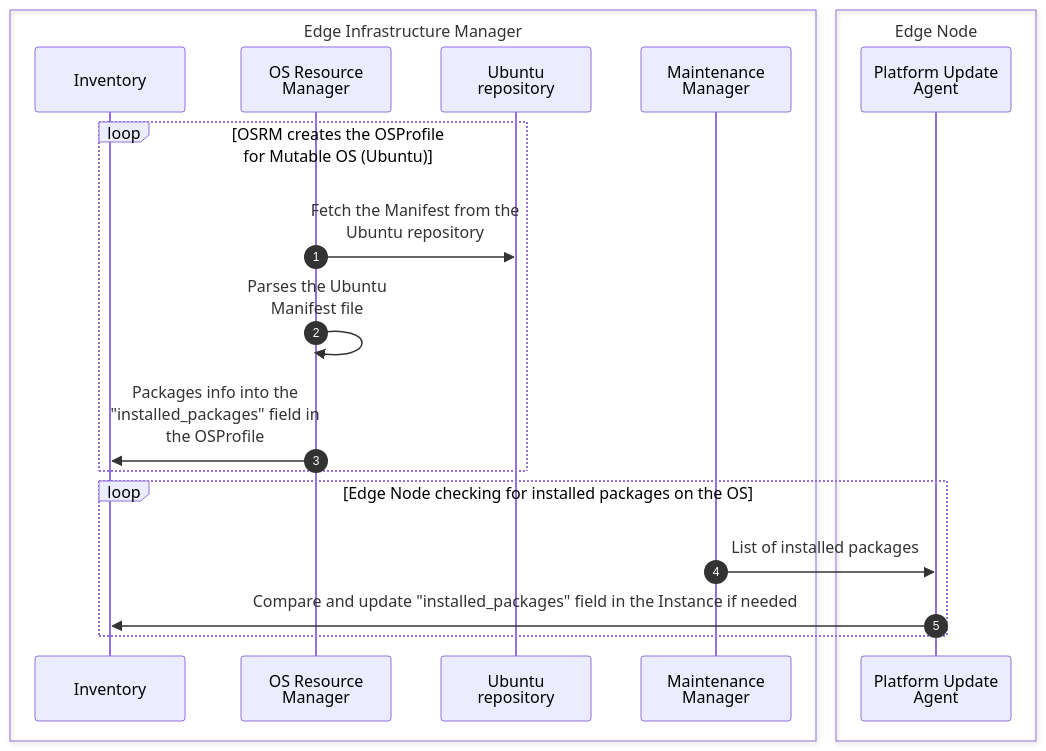
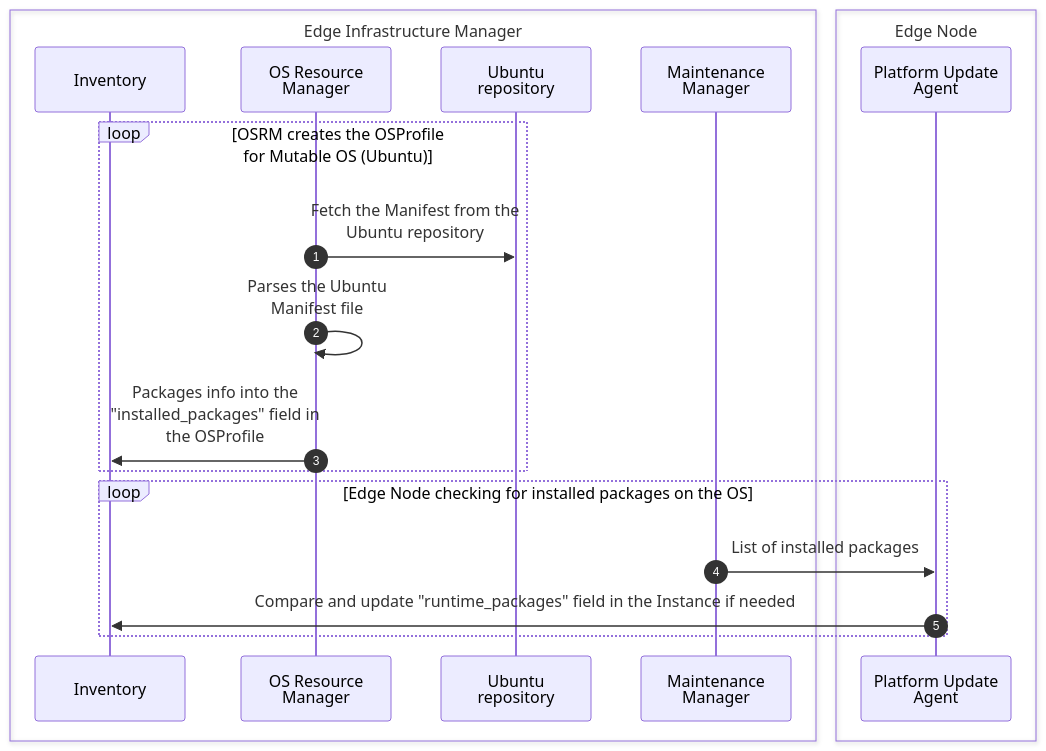
Before and after one commit to open-edge-platform/edge-manageability-framework: the third of 3 diagrams in design-proposals/edge-infra-day2-improvements.md, drawn with Mermaid. The commit also changed other lines of this file and 1 other file, not shown here.

````diff
--- a/design-proposals/edge-infra-day2-improvements.md
+++ b/design-proposals/edge-infra-day2-improvements.md
@@ -263,26 +273,26 @@
 ```mermaid
 sequenceDiagram
 %%{wrap}%%
 autonumber
     box Edge Infrastructure Manager
     participant Inventory
     participant OSRM as OS Resource Manager
     participant uRepo as Ubuntu repository
     participant MM as Maintenance Manager
     end
     box Edge Node
     participant PUA as Platform Update Agent
     end
     
     
     loop OSRM creates the OSProfile for Mutable OS (Ubuntu)
         OSRM->>uRepo: Fetch the Manifest from the Ubuntu repository
         OSRM->>OSRM: Parses the Ubuntu Manifest file
         OSRM->>Inventory: Packages info into the "installed_packages" field in the OSProfile
     end
     
     loop Edge Node checking for installed packages on the OS
         MM->>PUA: List of installed packages
-        PUA->>Inventory: Compare and update "installed_packages" field in the Instance if needed
+        PUA->>Inventory: Compare and update "runtime_packages" field in the Instance if needed
     end
 ```
````
